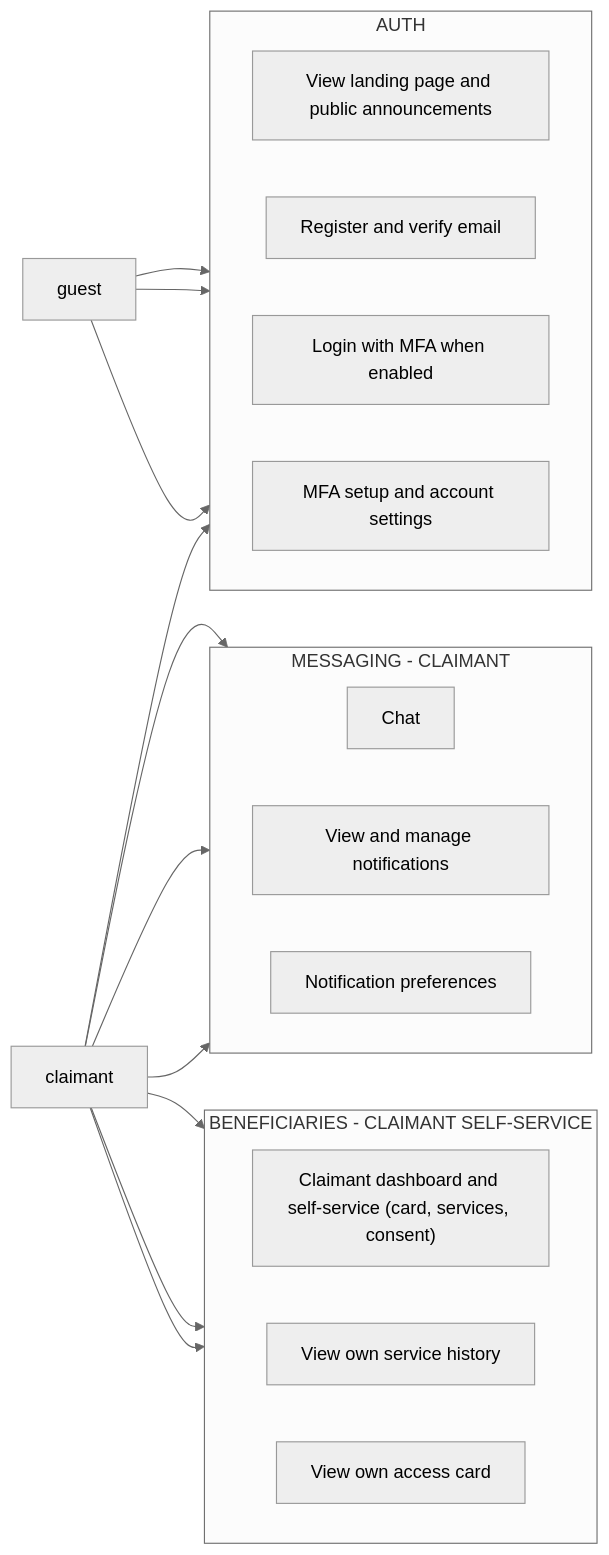
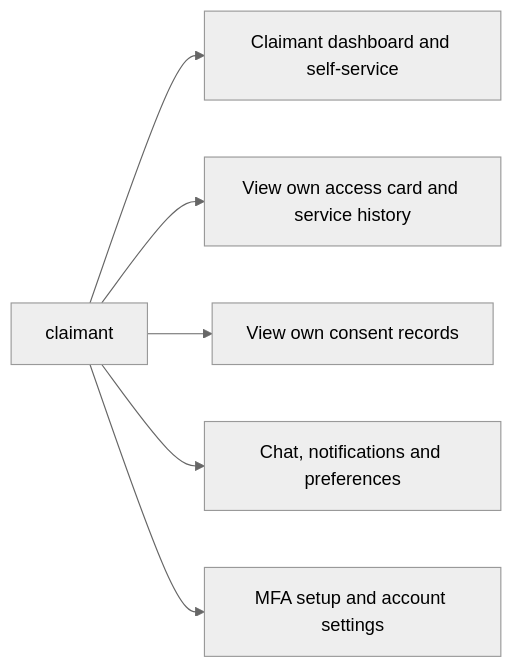
One commit to urlsalimbot/THESIS1-KAPWA changed the second of 8 diagrams in docs/diagrams/02-use-case-diagram.md. Above: the diagram before and after it, drawn with Mermaid (neutral theme). The commit also changed other lines of this file, not shown here.

Commit message:
docs: split use case diagram by role into eight letter-sized diagrams

````diff
--- a/docs/diagrams/02-use-case-diagram.md
+++ b/docs/diagrams/02-use-case-diagram.md
@@ -43,38 +52,9 @@
 ```mermaid
 flowchart LR
-    A1["guest"]
-    A2["claimant"]
-
-    subgraph Auth[AUTH]
-        direction LR
-        UC-A1["View landing page and public announcements"]
-        UC-A2["Register and verify email"]
-        UC-A3["Login with MFA when enabled"]
-        UC-A4["MFA setup and account settings"]
-    end
-
-    subgraph Beneficiaries[BENEFICIARIES - CLAIMANT SELF-SERVICE]
-        direction LR
-        UC-B1["Claimant dashboard and self-service (card, services, consent)"]
-        UC-C3["View own service history"]
-        UC-AC3["View own access card"]
-    end
-
-    subgraph MessagingMine[MESSAGING - CLAIMANT]
-        direction LR
-        UC-M1C["Chat"]
-        UC-M2C["View and manage notifications"]
-        UC-M3C["Notification preferences"]
-    end
-
-    A1 --> UC-A1
-    A1 --> UC-A2
-    A1 --> UC-A3
-    A2 --> UC-A4
-    A2 --> UC-B1
-    A2 --> UC-C3
-    A2 --> UC-AC3
-    A2 --> UC-M1C
-    A2 --> UC-M2C
-    A2 --> UC-M3C
+    C["claimant"]
+    C --> UC1["Claimant dashboard and self-service"]
+    C --> UC2["View own access card and service history"]
+    C --> UC3["View own consent records"]
+    C --> UC4["Chat, notifications and preferences"]
+    C --> UC5["MFA setup and account settings"]
 ```
````
